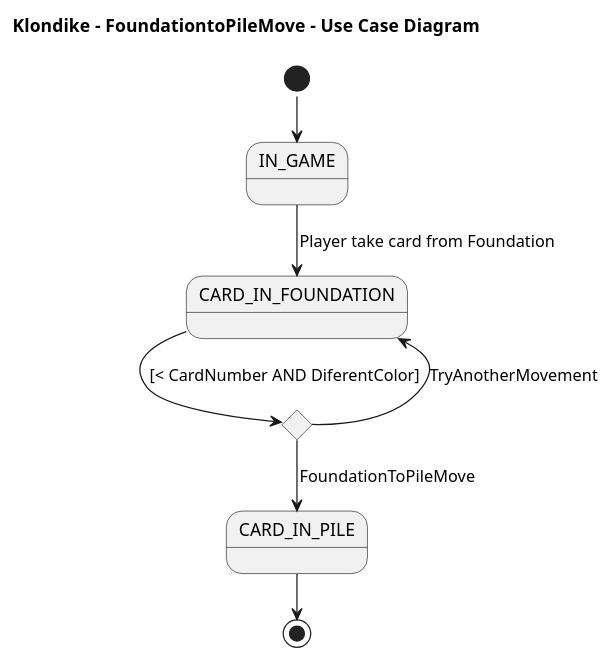
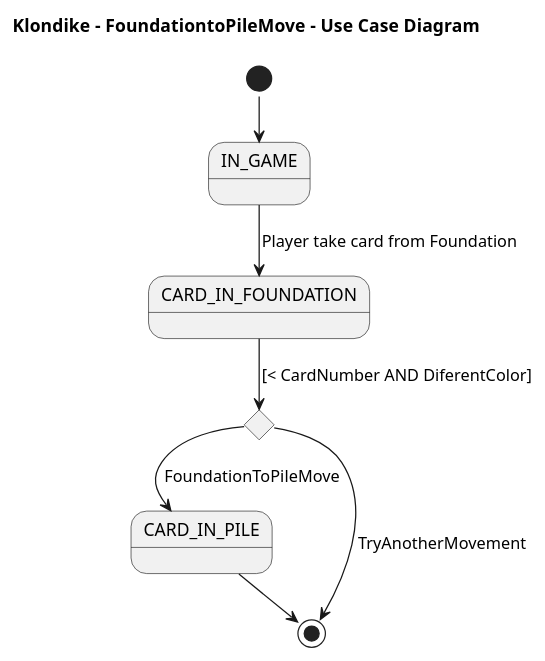
The diagram in 2 Modelo de vistas de caso de uso/Diagrama de caso de uso - FoundationToPileMove.plantuml (AngelOS95P/Maestria_IngSoftware_grupo6), drawn with PlantUML before and after one commit. The commit also changed 13 other files, not shown here.

```diff
--- a/2 Modelo de vistas de caso de uso/Diagrama de caso de uso - FoundationToPileMove.plantuml
+++ b/2 Modelo de vistas de caso de uso/Diagrama de caso de uso - FoundationToPileMove.plantuml
@@ -1,17 +1,17 @@
 @startuml UCFoundationtoPileMove
 !pragma layout smetana
 title Klondike - FoundationtoPileMove  - Use Case Diagram
 
 state IN_GAME
 state CARD_IN_FOUNDATION
 state if <<choice>>
 state CARD_IN_PILE
 
 [*] --> IN_GAME
 IN_GAME --> CARD_IN_FOUNDATION: Player take card from Foundation
 CARD_IN_FOUNDATION --> if: [< CardNumber AND DiferentColor]
 if --> CARD_IN_PILE: FoundationToPileMove
-if --> CARD_IN_FOUNDATION: TryAnotherMovement
+if --> [*]: TryAnotherMovement
 CARD_IN_PILE--> [*]
 
 @enduml
```
